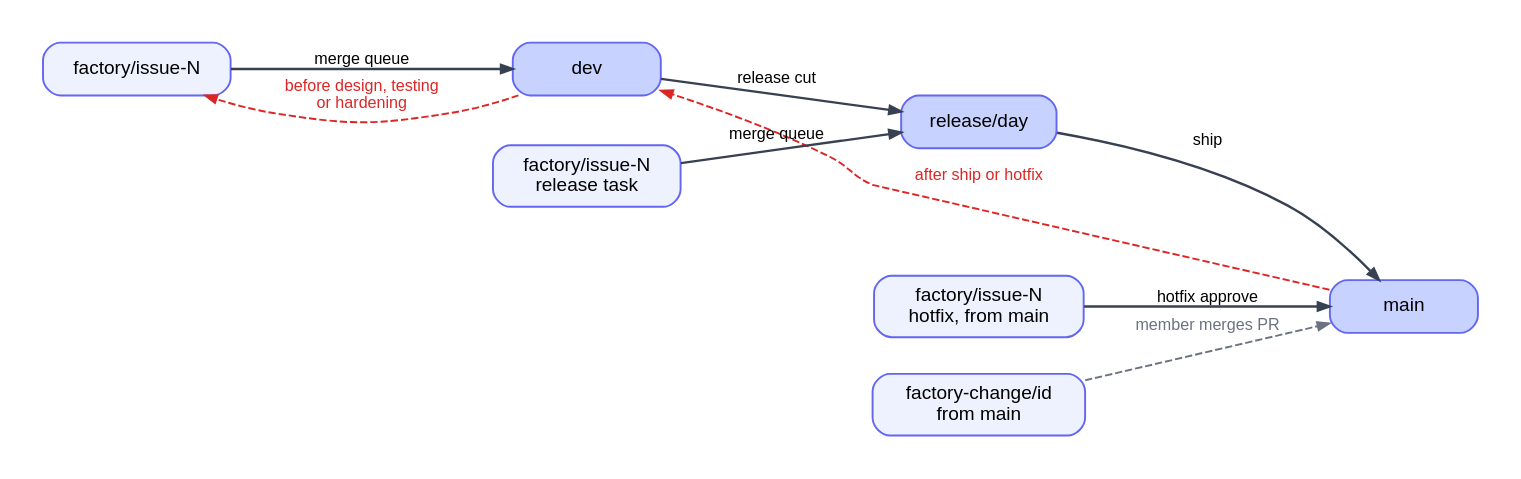
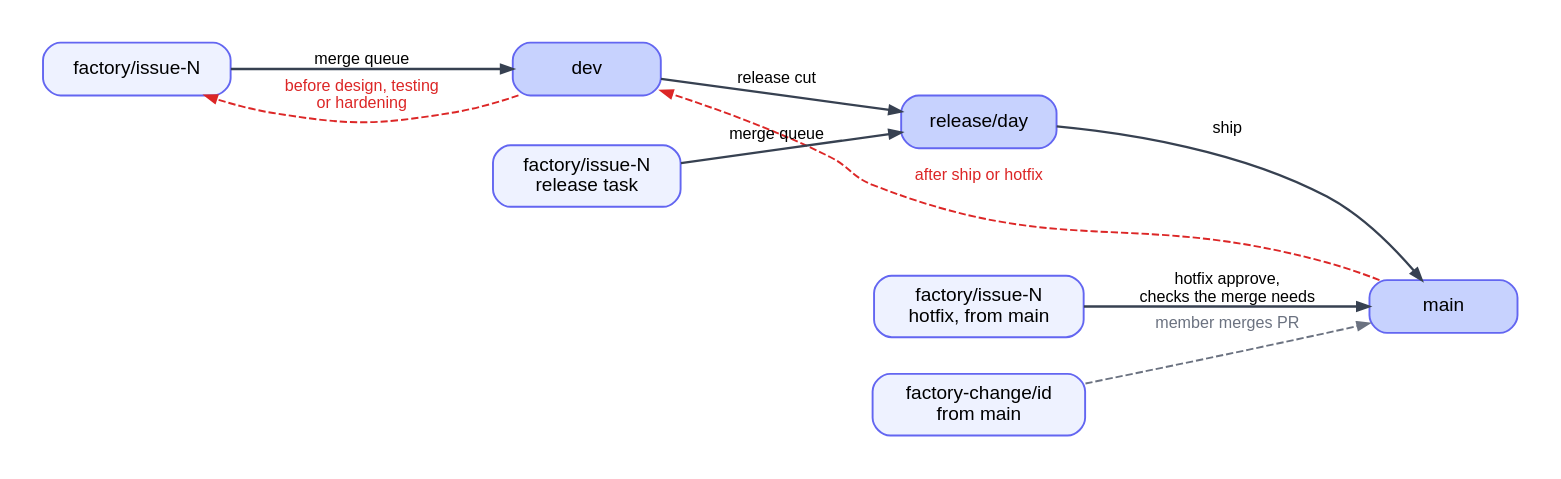
The diagram in factory/docs/diagrams/branches.dot (ROAM-game-org/road-machiners), drawn with Graphviz before and after one commit. The commit also changed 26 other files, not shown here.

Commit message:
A hotfix approve reuses check evidence when main moved and runs only the checks its merge needs

```diff
--- a/factory/docs/diagrams/branches.dot
+++ b/factory/docs/diagrams/branches.dot
@@ -1,15 +1,15 @@
 // Branches. Each arrow is a merge. Grey: a pull request a member merges.
 digraph branches {
   rankdir=LR; nodesep=0.35; ranksep=0.8; bgcolor=white; pad=0.3;
   node [shape=box, style="rounded,filled", fillcolor="#eef2ff", color="#6366f1", fontname="Helvetica", fontsize=13, margin="0.2,0.1", penwidth=1.3, width=1.4];
   edge [color="#374151", penwidth=1.6, arrowsize=0.8, fontname="Helvetica", fontsize=11];
   issue [label="factory/issue-N"]; dev [label="dev", fillcolor="#c7d2fe"]; rel [label="release/day", fillcolor="#c7d2fe"]; main [label="main", fillcolor="#c7d2fe"];
   task [label="factory/issue-N\nrelease task"]; hotfix [label="factory/issue-N\nhotfix, from main"]; chg [label="factory-change/id\nfrom main"];
   issue -> dev [label="merge queue"]; dev -> rel [label="release cut"]; rel -> main [label="ship"];
-  task -> rel [label="merge queue"]; hotfix -> main [label="hotfix approve"];
+  task -> rel [label="merge queue"]; hotfix -> main [label="hotfix approve,\nchecks the merge needs"];
   edge [color="#dc2626", fontcolor="#dc2626", style=dashed, penwidth=1.3];
   main -> dev [label="after ship or hotfix", constraint=false];
   dev -> issue [label="before design, testing\nor hardening", constraint=false];
   edge [color="#6b7280", fontcolor="#6b7280"];
   chg -> main [label="member merges PR"];
 }
```
